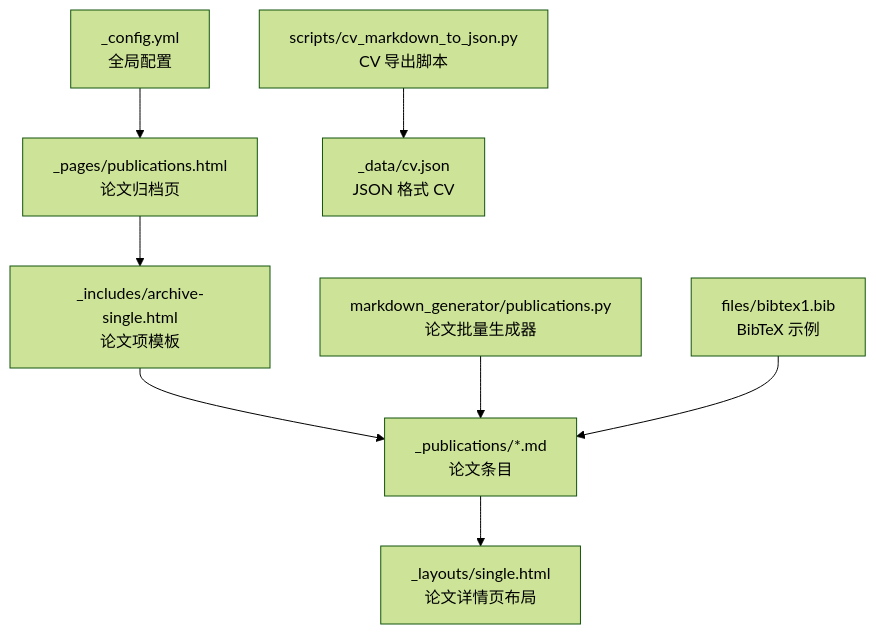
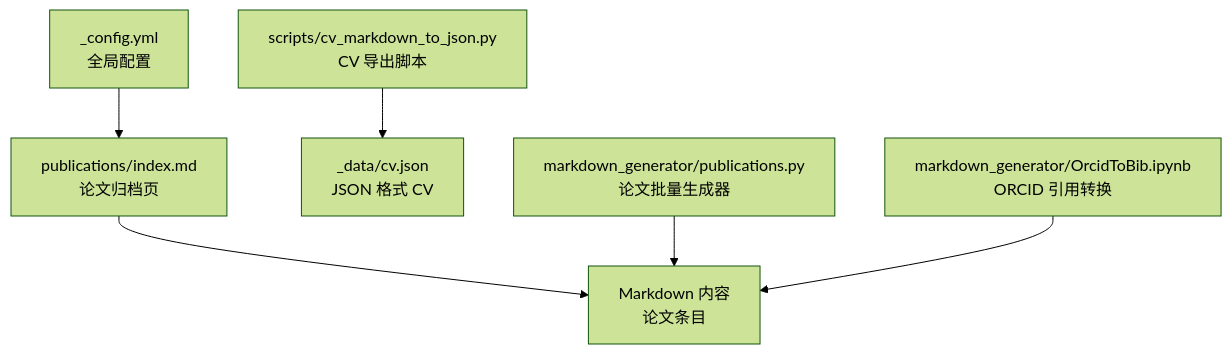
The first of 7 diagrams in .qoder/repowiki/zh/content/内容管理系统/学术论文管理.md (CoolPig0720/CoolPig0720.github.io), drawn with Mermaid (forest theme) before and after one commit. The commit also changed other lines of this file and 6 other files, not shown here.

````diff
--- a/.qoder/repowiki/zh/content/内容管理系统/学术论文管理.md
+++ b/.qoder/repowiki/zh/content/内容管理系统/学术论文管理.md
@@ -45,10 +42,8 @@
 ```mermaid
 graph TB
-A["_config.yml<br/>全局配置"] --> B["_pages/publications.html<br/>论文归档页"]
-B --> C["_includes/archive-single.html<br/>论文项模板"]
-C --> D["_publications/*.md<br/>论文条目"]
-D --> E["_layouts/single.html<br/>论文详情页布局"]
-F["scripts/cv_markdown_to_json.py<br/>CV 导出脚本"] --> G["_data/cv.json<br/>JSON 格式 CV"]
-H["markdown_generator/publications.py<br/>论文批量生成器"] --> D
-I["files/bibtex1.bib<br/>BibTeX 示例"] --> D
+A["_config.yml<br/>全局配置"] --> B["publications/index.md<br/>论文归档页"]
+B --> C["Markdown 内容<br/>论文条目"]
+D["scripts/cv_markdown_to_json.py<br/>CV 导出脚本"] --> E["_data/cv.json<br/>JSON 格式 CV"]
+F["markdown_generator/publications.py<br/>论文批量生成器"] --> C
+G["markdown_generator/OrcidToBib.ipynb<br/>ORCID 引用转换"] --> C
 ```
````
